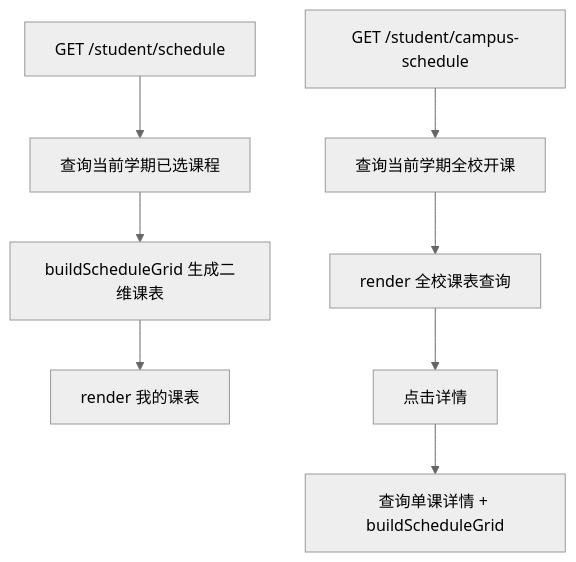
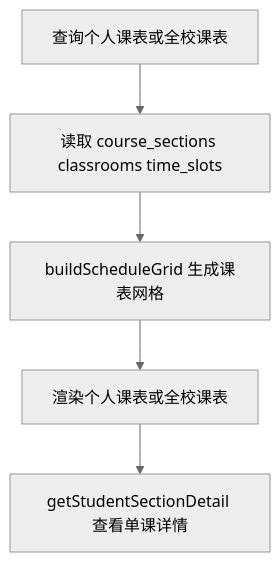
The eighth of 29 diagrams in docs/系统设计说明.md (llkww/jiaoxue), drawn with Mermaid (neutral theme) before and after one commit. The commit also changed other lines of this file and 1 other file, not shown here.

````diff
--- a/docs/系统设计说明.md
+++ b/docs/系统设计说明.md
@@ -553,11 +539,7 @@
 ```mermaid
 flowchart TD
-  A[GET /student/schedule] --> B[查询当前学期已选课程]
-  B --> C[buildScheduleGrid 生成二维课表]
-  C --> D[render 我的课表]
-
-  E[GET /student/campus-schedule] --> F[查询当前学期全校开课]
-  F --> G[render 全校课表查询]
-  G --> H[点击详情]
-  H --> I[查询单课详情 + buildScheduleGrid]
+  A[查询个人课表或全校课表] --> B[读取 course_sections classrooms time_slots]
+  B --> C[buildScheduleGrid 生成课表网格]
+  C --> D[渲染个人课表或全校课表]
+  D --> E[getStudentSectionDetail 查看单课详情]
 ```
````
